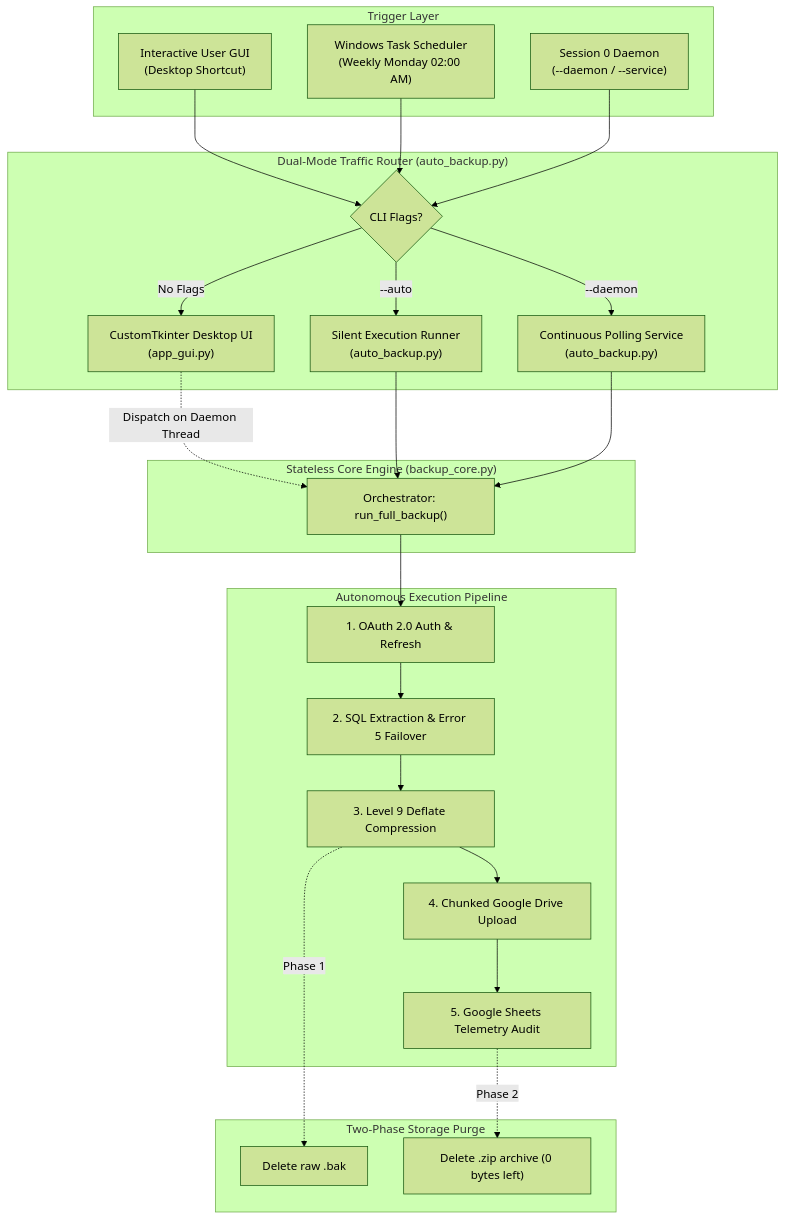
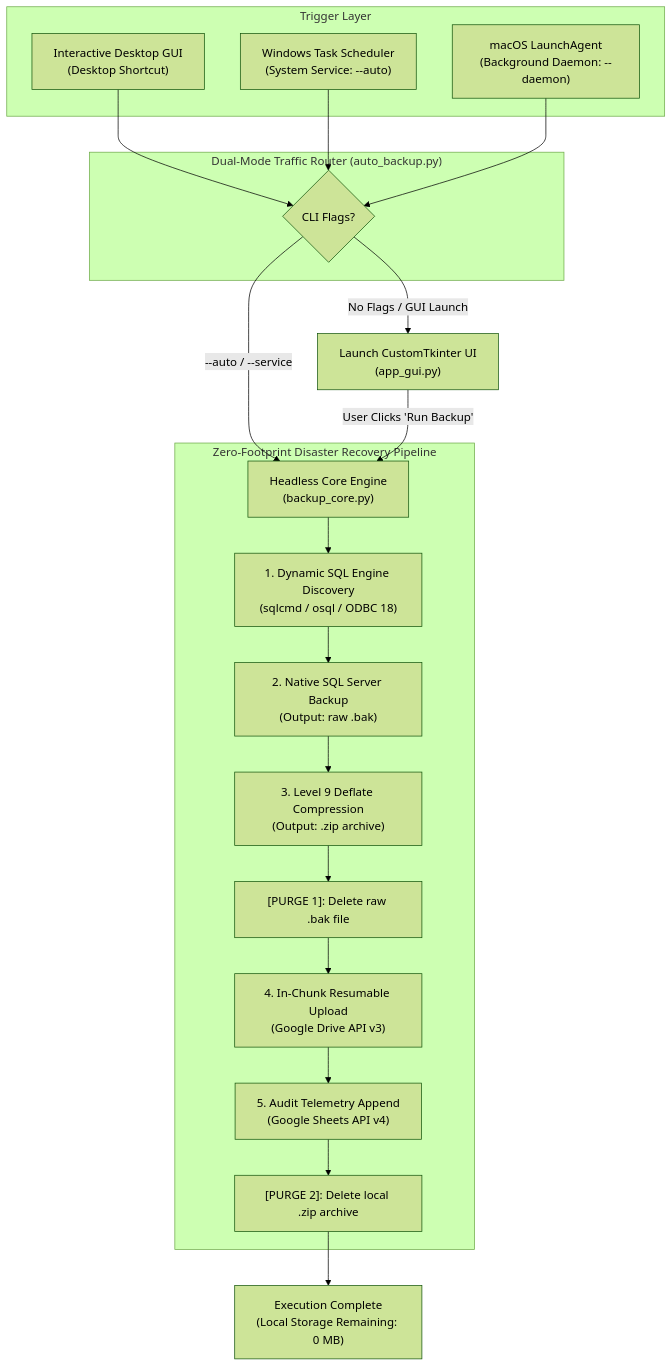
The diagram in README.md (dulnindu123/Database-Backup-Automation), drawn with Mermaid (forest theme) before and after one commit. The commit also changed other lines of this file and 19 other files, not shown here.

Commit message:
docs: comprehensive masterwork documentation, visual architecture, animated walkthrough, and performance query module roadmap

````diff
--- a/README.md
+++ b/README.md
@@ -48,38 +67,31 @@
 ```mermaid
 flowchart TD
     subgraph Triggers["Trigger Layer"]
-        A1["Interactive User GUI<br/>(Desktop Shortcut)"]
-        A2["Windows Task Scheduler<br/>(Weekly Monday 02:00 AM)"]
-        A3["Session 0 Daemon<br/>(--daemon / --service)"]
+        A1["Interactive Desktop GUI<br/>(Desktop Shortcut)"]
+        A2["Windows Task Scheduler<br/>(System Service: --auto)"]
+        A3["macOS LaunchAgent<br/>(Background Daemon: --daemon)"]
     end
 
     subgraph Router["Dual-Mode Traffic Router (auto_backup.py)"]
         R{"CLI Flags?"}
         A1 --> R
         A2 --> R
         A3 --> R
-        R -->|"No Flags"| UI["CustomTkinter Desktop UI<br/>(app_gui.py)"]
-        R -->|"--auto"| Headless["Silent Execution Runner<br/>(auto_backup.py)"]
-        R -->|"--daemon"| Daemon["Continuous Polling Service<br/>(auto_backup.py)"]
     end
 
-    subgraph Engine["Stateless Core Engine (backup_core.py)"]
-        Core["Orchestrator: run_full_backup()"]
-        UI -.->|"Dispatch on Daemon Thread"| Core
-        Headless --> Core
-        Daemon --> Core
+    R -->|No Flags / GUI Launch| GUI["Launch CustomTkinter UI<br/>(app_gui.py)"]
+    R -->|--auto / --service| Core["Headless Core Engine<br/>(backup_core.py)"]
+    GUI -->|User Clicks 'Run Backup'| Core
+
+    subgraph Pipeline["Zero-Footprint Disaster Recovery Pipeline"]
+        Core --> S1["1. Dynamic SQL Engine Discovery<br/>(sqlcmd / osql / ODBC 18)"]
+        S1 --> S2["2. Native SQL Server Backup<br/>(Output: raw .bak)"]
+        S2 --> S3["3. Level 9 Deflate Compression<br/>(Output: .zip archive)"]
+        S3 --> P1["[PURGE 1]: Delete raw .bak file"]
+        P1 --> S4["4. In-Chunk Resumable Upload<br/>(Google Drive API v3)"]
+        S4 --> S5["5. Audit Telemetry Append<br/>(Google Sheets API v4)"]
+        S5 --> P2["[PURGE 2]: Delete local .zip archive"]
     end
 
-    subgraph Pipeline["Autonomous Execution Pipeline"]
-        S1["1. OAuth 2.0 Auth & Refresh"] --> S2["2. SQL Extraction & Error 5 Failover"]
-        S2 --> S3["3. Level 9 Deflate Compression"]
-        S3 --> S4["4. Chunked Google Drive Upload"]
-        S4 --> S5["5. Google Sheets Telemetry Audit"]
-        Core --> S1
-    end
-
-    subgraph Purge["Two-Phase Storage Purge"]
-        S3 -.->|"Phase 1"| P1["Delete raw .bak"]
-        S5 -.->|"Phase 2"| P2["Delete .zip archive (0 bytes left)"]
-    end
+    P2 --> Final["Execution Complete<br/>(Local Storage Remaining: 0 MB)"]
 ```
````
